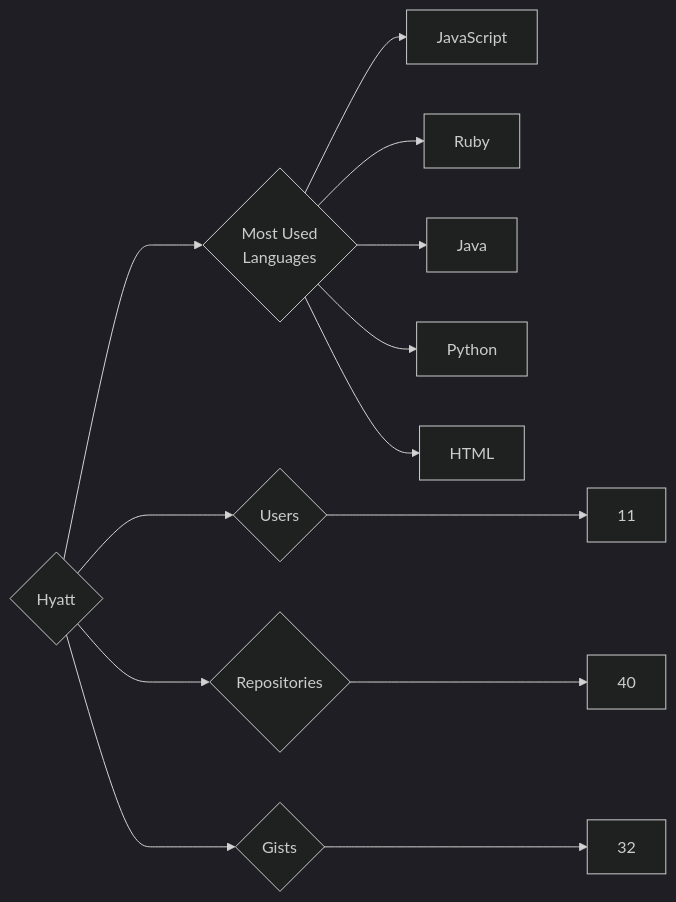
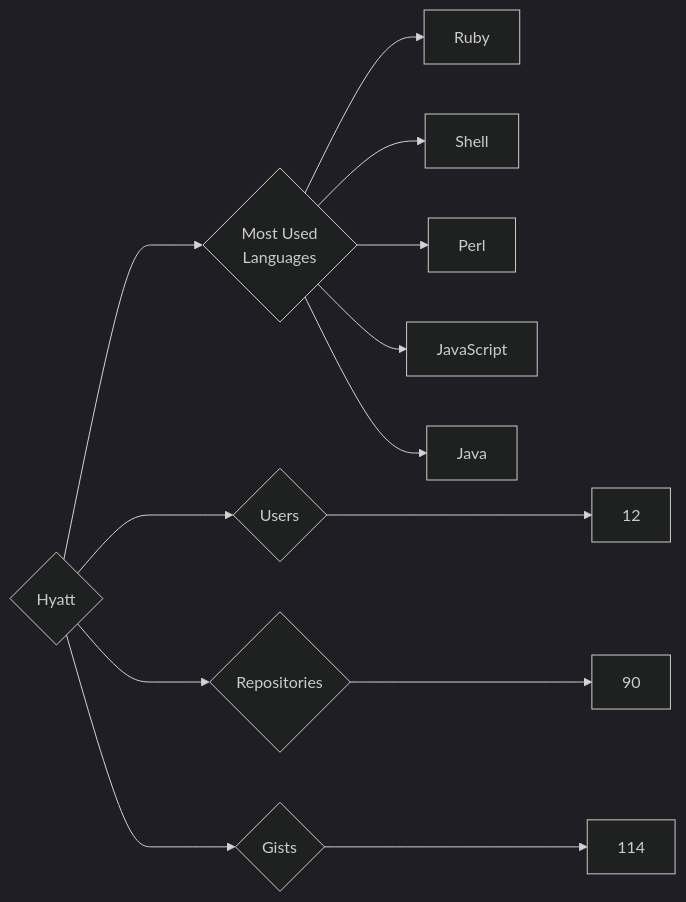
Before and after one commit to trickest/insiders: the diagram in targets/Hyatt/README.md, drawn with Mermaid (dark theme). The commit also changed 873 other files, not shown here.

````diff
--- a/targets/Hyatt/README.md
+++ b/targets/Hyatt/README.md
@@ -3,13 +3,13 @@
 ```mermaid
 graph LR
 COMPANY_NAME{Hyatt}
-COMPANY_NAME ---> U{Users} ---> UN[11]
-COMPANY_NAME ---> R{Repositories} ---> RN[40]
-COMPANY_NAME ---> G{Gists} ---> GN[32]
+COMPANY_NAME ---> U{Users} ---> UN[12]
+COMPANY_NAME ---> R{Repositories} ---> RN[90]
+COMPANY_NAME ---> G{Gists} ---> GN[114]
 COMPANY_NAME ---> ML{Most Used<br>Languages}
+ML --> Ruby[Ruby]
+ML --> Shell[Shell]
+ML --> Perl[Perl]
 ML --> JavaScript[JavaScript]
-ML --> Ruby[Ruby]
 ML --> Java[Java]
-ML --> Python[Python]
-ML --> HTML[HTML]
 ```
````
